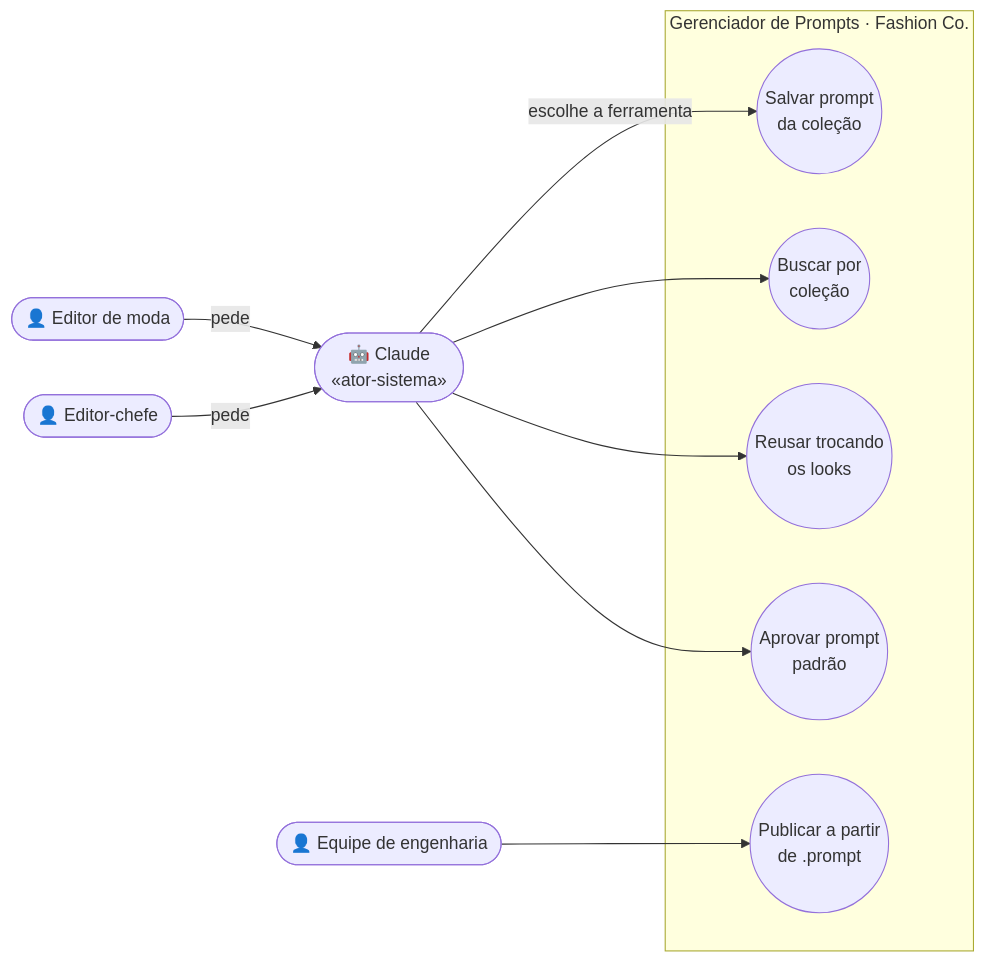
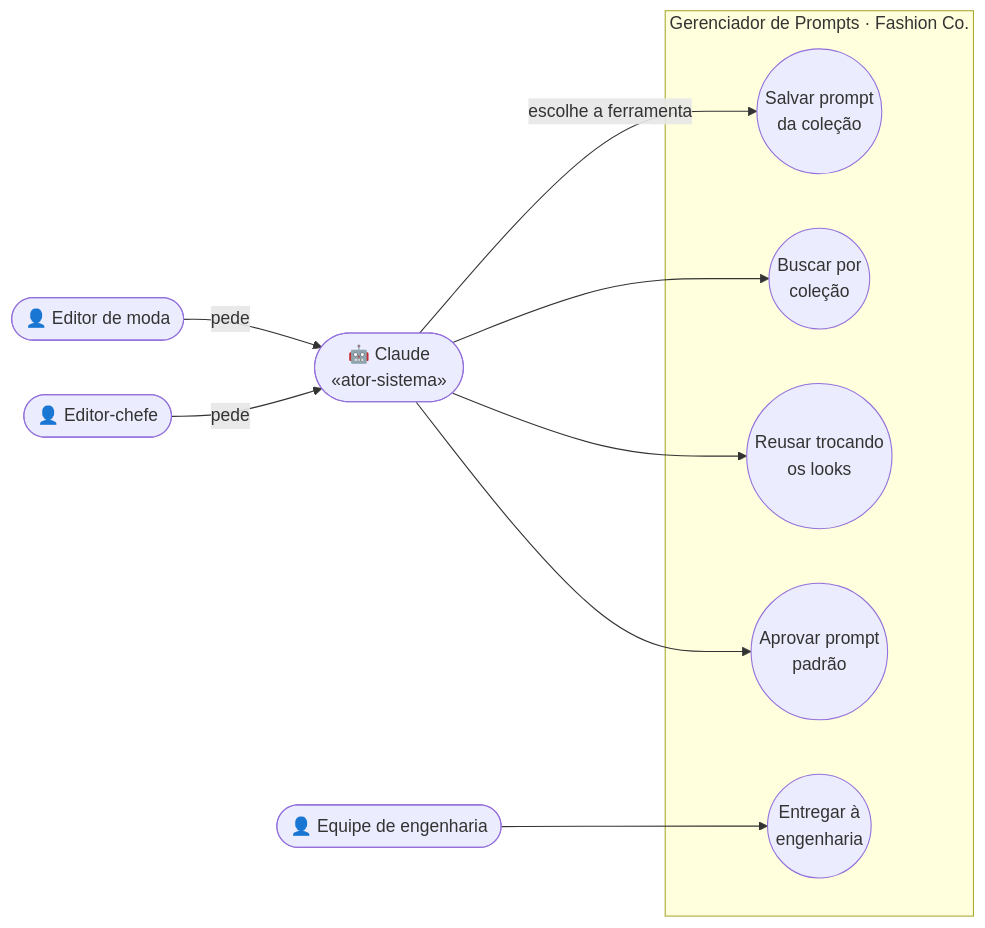
Before and after one commit to Silverbullet-live/gerenciador-prompts: the diagram in docs/02-casos-de-uso.md, drawn with Mermaid. The commit also changed other lines of this file and 2 other files, not shown here.

Commit message:
docs: caso de uso 'Entregar à engenharia' e sequência alinhados à apresentação

````diff
--- a/docs/02-casos-de-uso.md
+++ b/docs/02-casos-de-uso.md
@@ -5,23 +5,23 @@
 ```mermaid
 flowchart LR
     Editor(["👤 Editor de moda"])
     Chefe(["👤 Editor-chefe"])
     Eng(["👤 Equipe de engenharia"])
     Claude(["🤖 Claude<br/>«ator-sistema»"])
 
     subgraph Sistema["Gerenciador de Prompts · Fashion Co."]
         UC1(("Salvar prompt<br/>da coleção"))
         UC2(("Buscar por<br/>coleção"))
         UC3(("Reusar trocando<br/>os looks"))
         UC4(("Aprovar prompt<br/>padrão"))
-        UC5(("Publicar a partir<br/>de .prompt"))
+        UC5(("Entregar à<br/>engenharia"))
     end
 
     Editor -- pede --> Claude
     Chefe -- pede --> Claude
     Claude -- escolhe a ferramenta --> UC1
     Claude --> UC2
     Claude --> UC3
     Claude --> UC4
     Eng --> UC5
 ```
````
